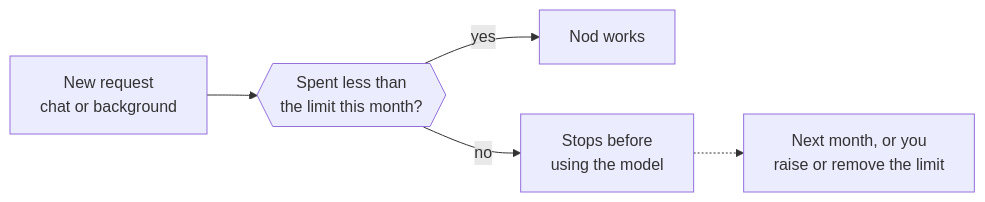
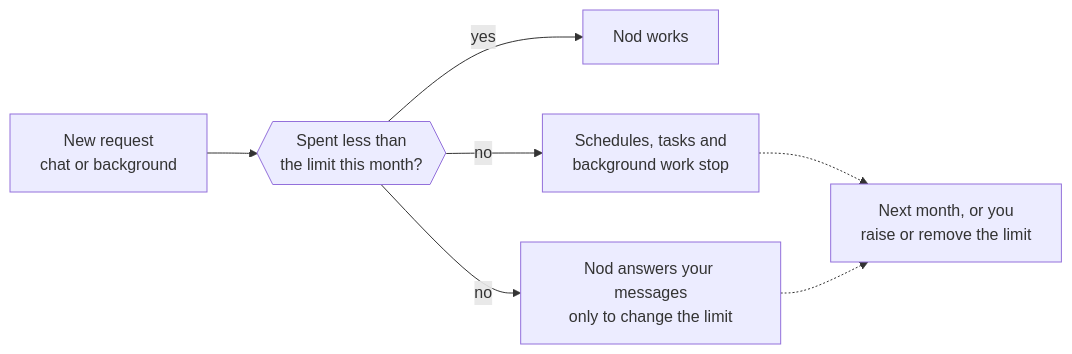
Before and after one commit to KrishBhimani/nod: the diagram in docs/src/content/docs/use/spending.md, drawn with Mermaid. The commit also changed other lines of this file and 18 other files, not shown here.

````diff
--- a/docs/src/content/docs/use/spending.md
+++ b/docs/src/content/docs/use/spending.md
@@ -57,7 +57,9 @@
 ```mermaid
 flowchart LR
   req[New request<br/>chat or background]:::accent --> check{{Spent less than<br/>the limit this month?}}
   check -- yes --> run[Nod works]:::go
-  check -- no --> stop[Stops before<br/>using the model]:::stop
+  check -- no --> stop[Schedules, tasks and<br/>background work stop]:::stop
+  check -- no --> ask[Nod answers your messages<br/>only to change the limit]:::muted
   stop -.-> lift[Next month, or you<br/>raise or remove the limit]:::muted
+  ask -.-> lift
 ```
````
